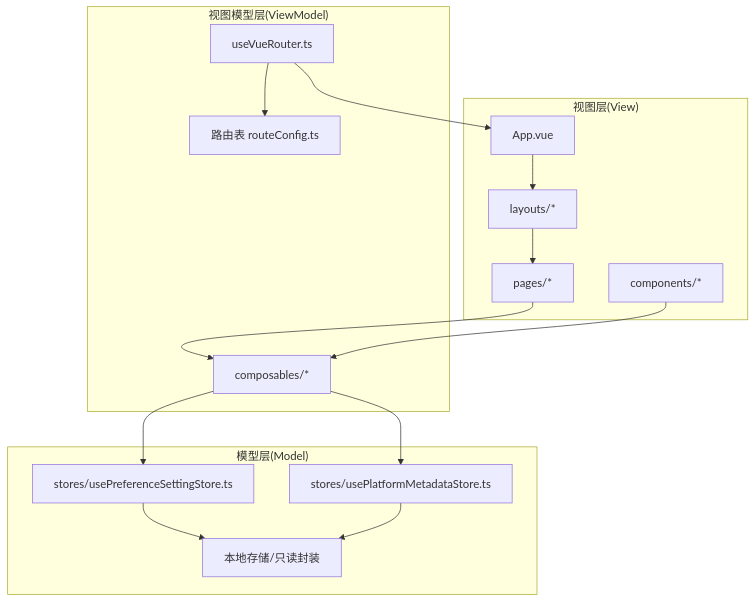
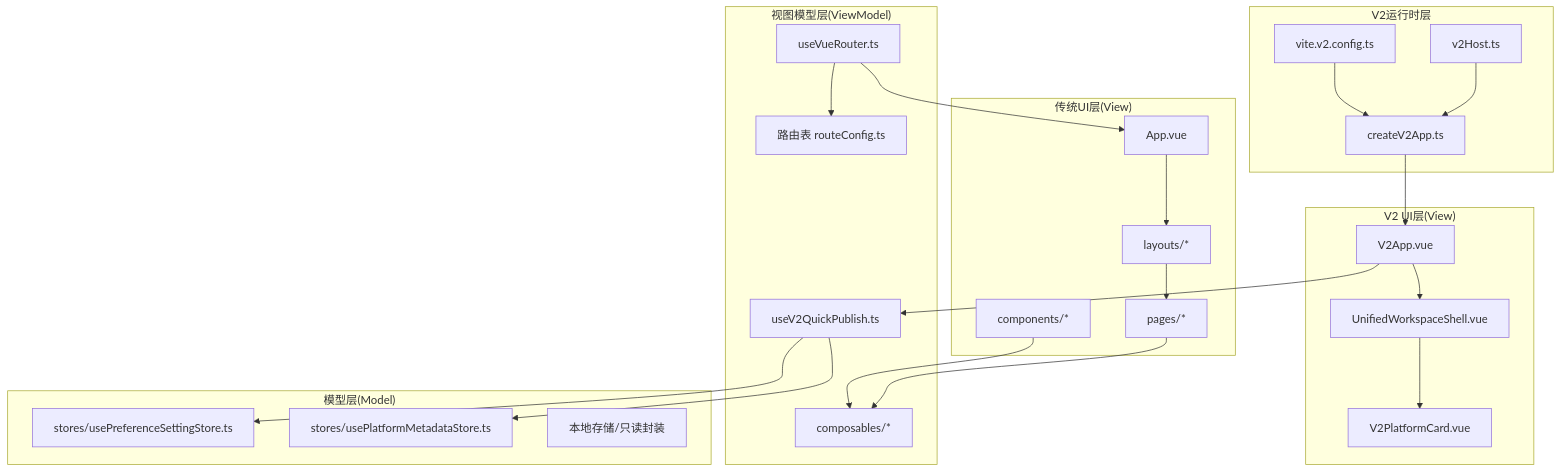
Before and after one commit to terwer/siyuan-plugin-publisher: the second of 8 diagrams in .qoder/repowiki/zh/content/核心架构/整体架构设计.md, drawn with Mermaid. The commit also changed other lines of this file and 18 other files, not shown here.

First line of the commit message:
docs(core-architecture): add detailed Composition API design patterns document

````diff
--- a/.qoder/repowiki/zh/content/核心架构/整体架构设计.md
+++ b/.qoder/repowiki/zh/content/核心架构/整体架构设计.md
@@ -115,29 +166,44 @@
 ```mermaid
 graph TB
-subgraph "视图层(View)"
+subgraph "传统UI层(View)"
 V1["App.vue"]
 V2["layouts/*"]
 V3["pages/*"]
 V4["components/*"]
 end
+subgraph "V2 UI层(View)"
+V5["V2App.vue"]
+V6["UnifiedWorkspaceShell.vue"]
+V7["V2PlatformCard.vue"]
+end
 subgraph "视图模型层(ViewModel)"
 VM1["useVueRouter.ts"]
 VM2["composables/*"]
-VM3["路由表 routeConfig.ts"]
+VM3["useV2QuickPublish.ts"]
+VM4["路由表 routeConfig.ts"]
 end
 subgraph "模型层(Model)"
 M1["stores/usePreferenceSettingStore.ts"]
 M2["stores/usePlatformMetadataStore.ts"]
 M3["本地存储/只读封装"]
 end
-VM1 --> VM3
+subgraph "V2运行时层"
+R1["createV2App.ts"]
+R2["v2Host.ts"]
+R3["vite.v2.config.ts"]
+end
+VM1 --> VM4
 VM1 --> V1
 V1 --> V2
 V2 --> V3
 V3 --> VM2
 V4 --> VM2
-VM2 --> M1
-VM2 --> M2
-M1 --> M3
-M2 --> M3
+V5 --> V6
+V6 --> V7
+V5 --> VM3
+VM3 --> M1
+VM3 --> M2
+R1 --> V5
+R2 --> R1
+R3 --> R1
 ```
````
